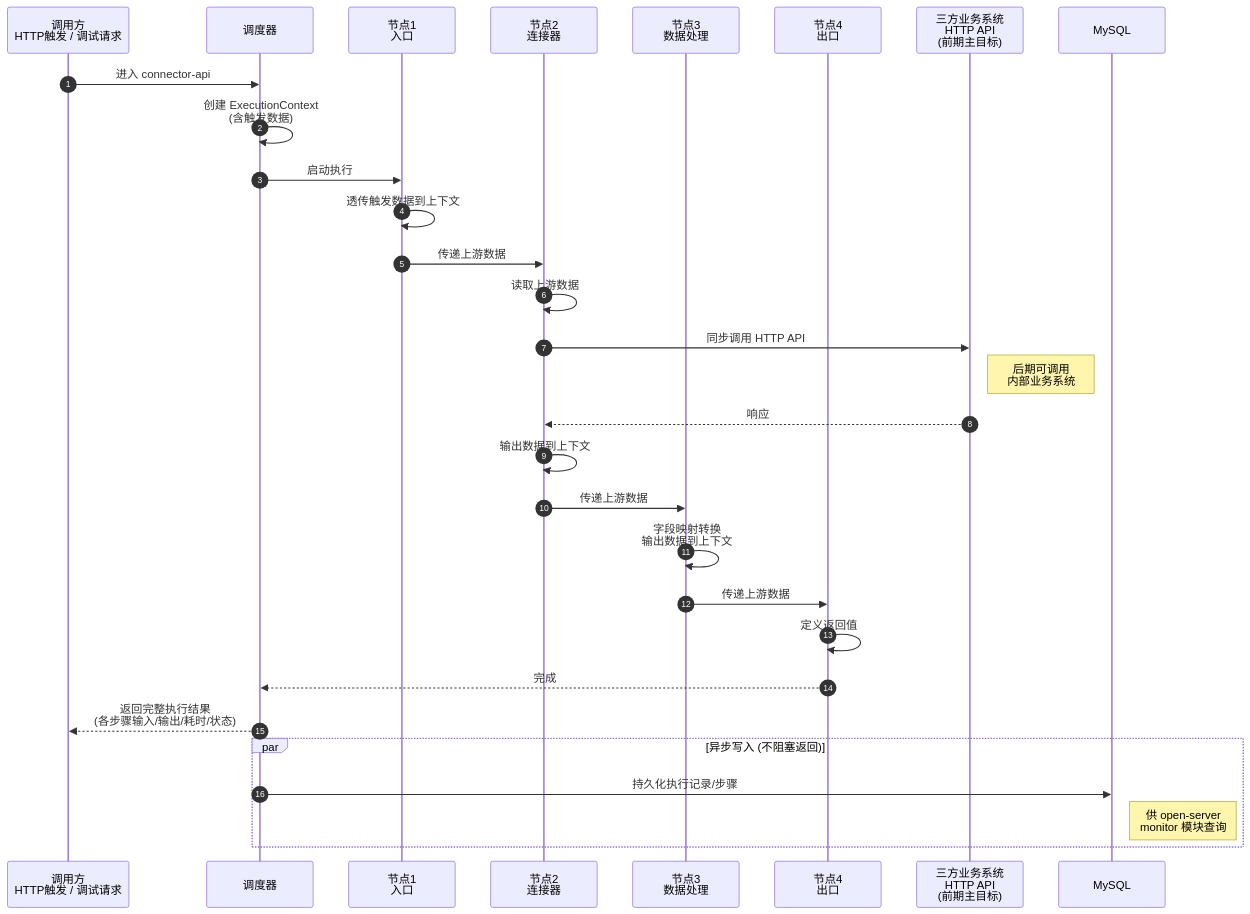
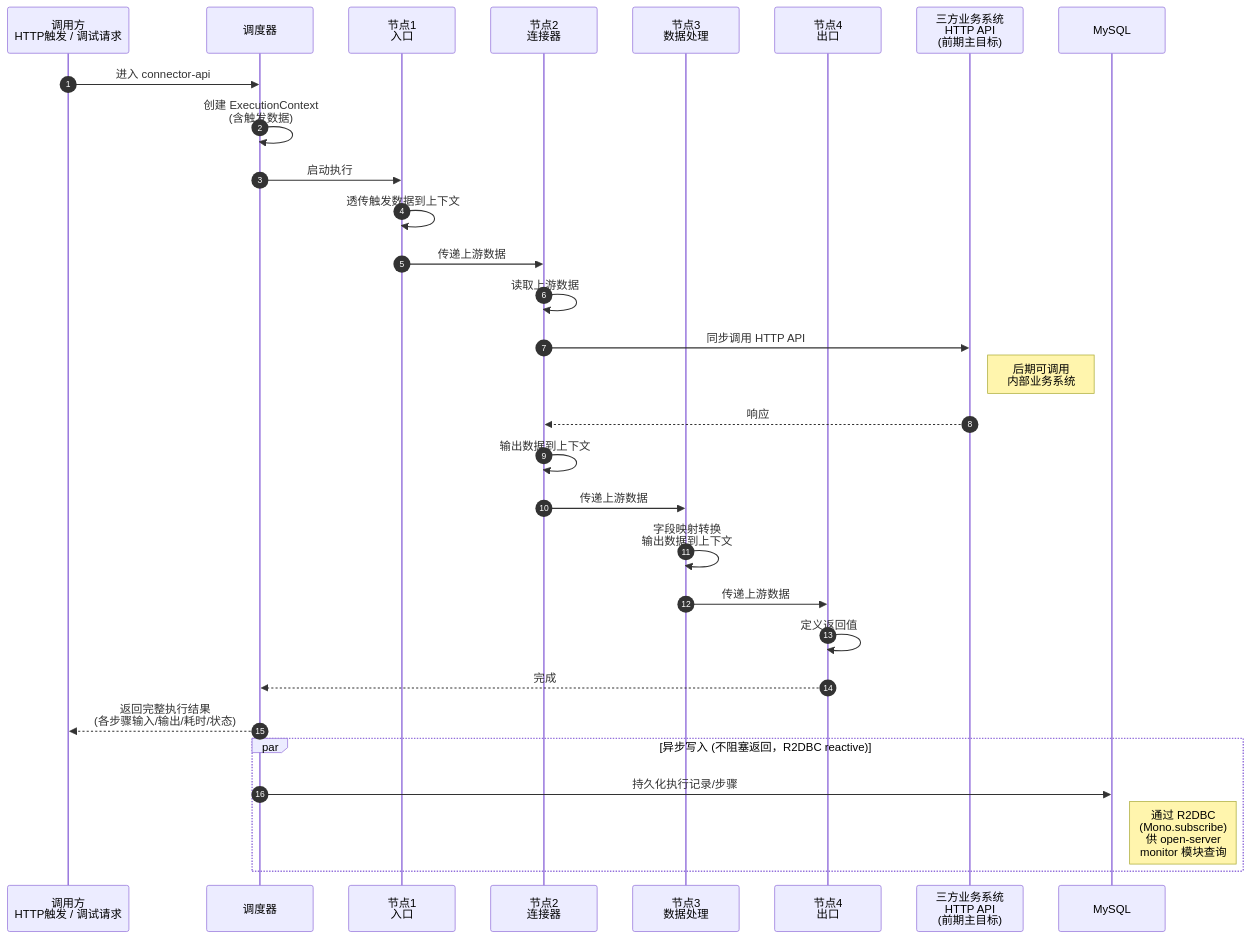
The sixth of 9 diagrams in .sddu/specs-tree-root/specs-tree-connector-platform/plan.md (THZSummer/open-app), drawn with Mermaid before and after one commit. The commit also changed other lines of this file, not shown here.

First line of the commit message:
plan(connector-platform): connector-api 全 reactive 栈 (MyBatis → R2DBC)

````diff
--- a/.sddu/specs-tree-root/specs-tree-connector-platform/plan.md
+++ b/.sddu/specs-tree-root/specs-tree-connector-platform/plan.md
@@ -336,34 +353,34 @@
 ```mermaid
 sequenceDiagram
     autonumber
     participant Caller as 调用方<br/>HTTP触发 / 调试请求
     participant Sched as 调度器
     participant N1 as 节点1<br/>入口
     participant N2 as 节点2<br/>连接器
     participant N3 as 节点3<br/>数据处理
     participant N4 as 节点4<br/>出口
     participant Target as 三方业务系统<br/>HTTP API<br/>(前期主目标)
     participant MySQL as MySQL
 
     Caller->>Sched: 进入 connector-api
     Sched->>Sched: 创建 ExecutionContext<br/>(含触发数据)
     Sched->>N1: 启动执行
     N1->>N1: 透传触发数据到上下文
     N1->>N2: 传递上游数据
     N2->>N2: 读取上游数据
     N2->>Target: 同步调用 HTTP API
     Note right of Target: 后期可调用<br/>内部业务系统
     Target-->>N2: 响应
     N2->>N2: 输出数据到上下文
     N2->>N3: 传递上游数据
     N3->>N3: 字段映射转换<br/>输出数据到上下文
     N3->>N4: 传递上游数据
     N4->>N4: 定义返回值
     N4-->>Sched: 完成
     Sched-->>Caller: 返回完整执行结果<br/>(各步骤输入/输出/耗时/状态)
 
-    par 异步写入 (不阻塞返回)
+    par 异步写入 (不阻塞返回，R2DBC reactive)
         Sched->>MySQL: 持久化执行记录/步骤
-        Note right of MySQL: 供 open-server<br/>monitor 模块查询
+        Note right of MySQL: 通过 R2DBC<br/>(Mono.subscribe)<br/>供 open-server<br/>monitor 模块查询
     end
 ```
````
